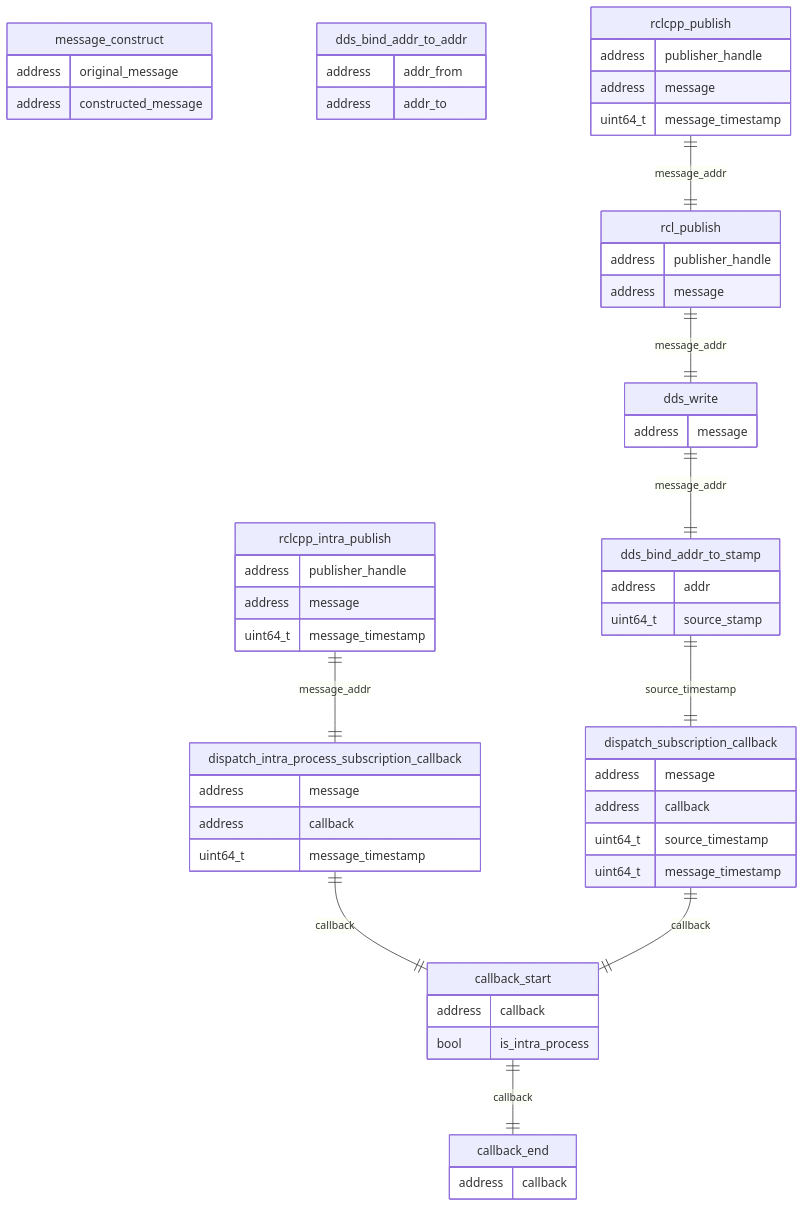
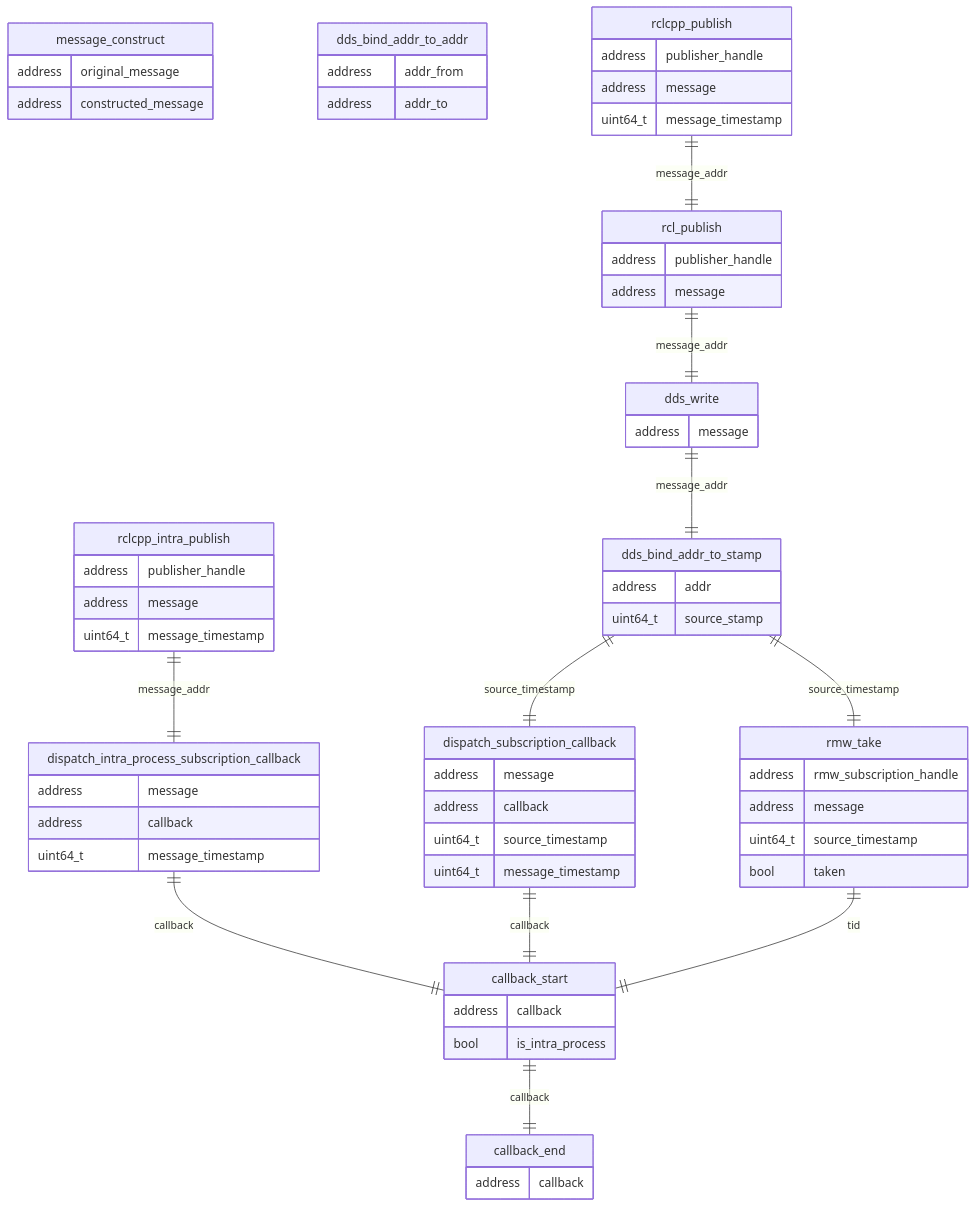
Before and after one commit to tier4/caret_doc: the diagram in docs/design/trace_points/runtime_trace_points.md, drawn with Mermaid. The commit also changed other lines of this file, not shown here.

First line of the commit message:
docs: added docs for runtime tracepoints  er-diagram and its definition (#191)

````diff
--- a/docs/design/trace_points/runtime_trace_points.md
+++ b/docs/design/trace_points/runtime_trace_points.md
@@ -3,74 +3,83 @@
 ```mermaid
 erDiagram
 
  callback_start{
  address callback
  bool is_intra_process
  }
 
  callback_end{
  address callback
  }
 
  message_construct{
  address original_message
  address constructed_message
  }
 
  dds_bind_addr_to_addr{
  address addr_from
  address addr_to
  }
 
  rclcpp_intra_publish{
  address publisher_handle
  address message
  uint64_t message_timestamp
+ }
+
+ rmw_take{
+ address rmw_subscription_handle
+ address message
+ uint64_t source_timestamp
+ bool taken
  }
 
  dispatch_subscription_callback{
  address message
  address callback
  uint64_t source_timestamp
  uint64_t message_timestamp
  }
 
  dispatch_intra_process_subscription_callback{
  address message
  address callback
  uint64_t message_timestamp
  }
 
  rcl_publish{
  address publisher_handle
  address message
  }
 
  rclcpp_publish{
  address publisher_handle
  address message
  uint64_t message_timestamp
  }
 
  dds_write{
  address message
  }
 
  dds_bind_addr_to_stamp{
  address addr
  uint64_t source_stamp
  }
 
     rclcpp_intra_publish ||--|| dispatch_intra_process_subscription_callback: message_addr
     rclcpp_publish ||--|| rcl_publish: message_addr
     rcl_publish ||--|| dds_write: message_addr
     dds_write ||--|| dds_bind_addr_to_stamp: message_addr
 
     dds_bind_addr_to_stamp ||--|| dispatch_subscription_callback: source_timestamp
 
-
+    dds_bind_addr_to_stamp ||--|| rmw_take: source_timestamp
+    rmw_take ||--|| callback_start: tid
     dispatch_intra_process_subscription_callback ||--|| callback_start: callback
     dispatch_subscription_callback ||--|| callback_start: callback
+
     callback_start ||--|| callback_end: callback
 
 ```
````
